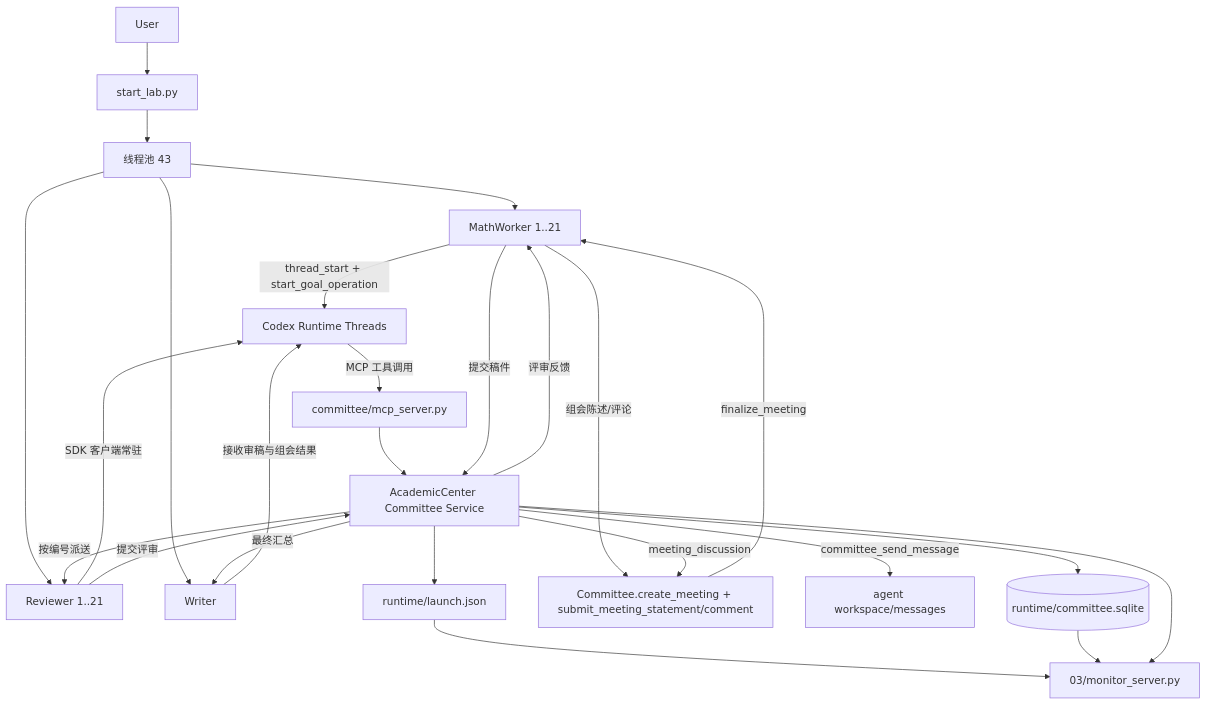
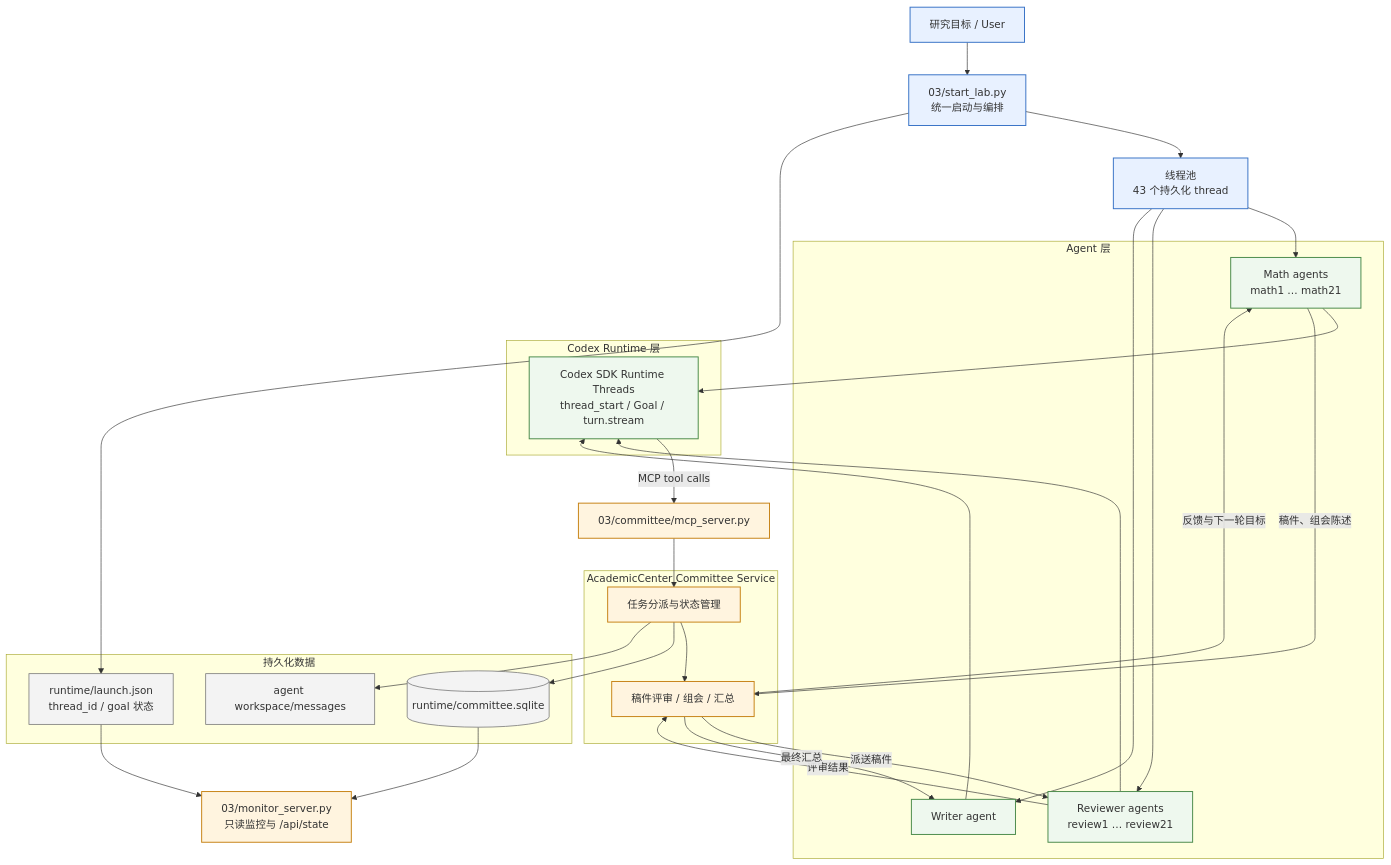
One commit to pillow0705/26springFu_research changed the diagram in 03/slide.md. Above: the diagram before and after it, drawn with Mermaid. The commit also changed other lines of this file, not shown here.

Commit message:
Clarify research lab architecture diagram

````diff
--- a/03/slide.md
+++ b/03/slide.md
@@ -44,27 +44,56 @@
 ```mermaid
-flowchart TD
-    U[User] --> L[start_lab.py]
-    L --> S[线程池 43]
-    S --> MW[MathWorker 1..21]
-    S --> RW[Reviewer 1..21]
-    S --> W[Writer]
-    MW -->|thread_start + start_goal_operation| T[Codex Runtime Threads]
-    RW -->|SDK 客户端常驻| T
-    W -->|接收审稿与组会结果| T
-    T -->|MCP 工具调用| MCP[committee/mcp_server.py]
-    MCP --> C[AcademicCenter Committee Service]
-    C --> D[(runtime/committee.sqlite)]
-    MW -->|提交稿件| C
-    C -->|按编号派送| RW
-    RW -->|提交评审| C
-    C -->|评审反馈| MW
-    MW -->|组会陈述/评论| Meet[Committee.create_meeting + submit_meeting_statement/comment]
-    C -->|meeting_discussion| Meet
-    Meet -->|finalize_meeting| MW
-    C -->|最终汇总| W
-    C -->|committee_send_message| MSG[agent workspace/messages]
-    C --> R[runtime/launch.json]
-    R --> MON[03/monitor_server.py]
-    D --> MON
-    C --> MON
+flowchart TB
+    U[研究目标 / User] --> L[03/start_lab.py<br/>统一启动与编排]
+    L --> P[线程池<br/>43 个持久化 thread]
+
+    subgraph AGENTS[Agent 层]
+        M[Math agents<br/>math1 … math21]
+        R[Reviewer agents<br/>review1 … review21]
+        W[Writer agent]
+    end
+    P --> M
+    P --> R
+    P --> W
+
+    subgraph RUNTIME[Codex Runtime 层]
+        T[Codex SDK Runtime Threads<br/>thread_start / Goal / turn.stream]
+    end
+    M --> T
+    R --> T
+    W --> T
+
+    T -->|MCP tool calls| MCP[03/committee/mcp_server.py]
+
+    subgraph COMMITTEE[AcademicCenter Committee Service]
+        C[任务分派与状态管理]
+        WF[稿件评审 / 组会 / 汇总]
+    end
+    MCP --> C
+    C --> WF
+    WF -->|派送稿件| R
+    R -->|评审结果| WF
+    WF -->|反馈与下一轮目标| M
+    M -->|稿件、组会陈述| WF
+    WF -->|最终汇总| W
+
+    subgraph DATA[持久化数据]
+        DB[(runtime/committee.sqlite)]
+        MSG[agent workspace/messages]
+        LAUNCH[runtime/launch.json<br/>thread_id / goal 状态]
+    end
+    C --> DB
+    C --> MSG
+    L --> LAUNCH
+
+    LAUNCH --> MON[03/monitor_server.py<br/>只读监控与 /api/state]
+    DB --> MON
+
+    classDef entry fill:#e8f1ff,stroke:#3973c6,stroke-width:1.5px;
+    classDef agent fill:#eef8ee,stroke:#4b8b4b,stroke-width:1.5px;
+    classDef service fill:#fff4df,stroke:#c78316,stroke-width:1.5px;
+    classDef data fill:#f3f3f3,stroke:#777,stroke-width:1.2px;
+    class U,L,P entry;
+    class M,R,W,T agent;
+    class MCP,C,WF,MON service;
+    class DB,MSG,LAUNCH data;
 ```
````
